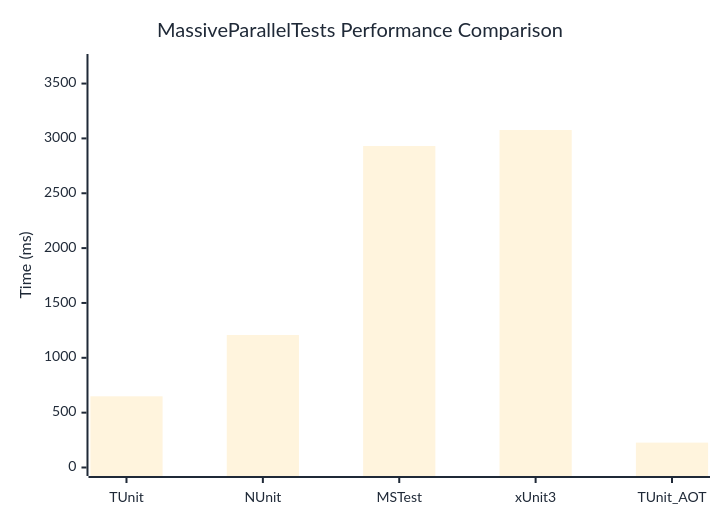
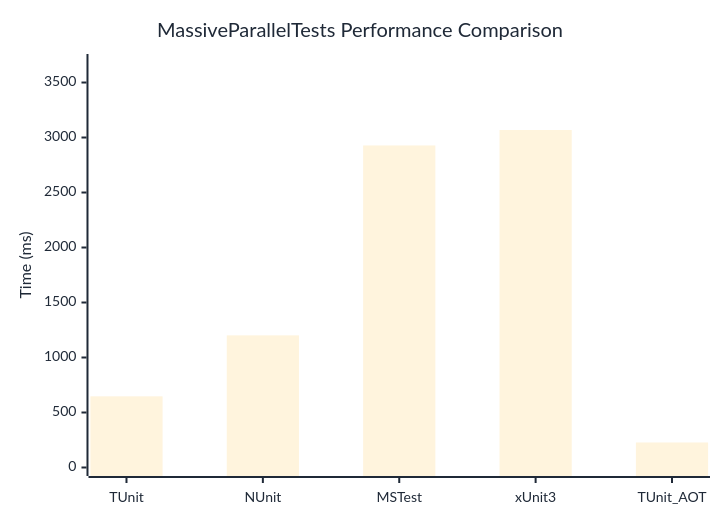
Before and after one commit to thomhurst/TUnit: the diagram in docs/docs/benchmarks/MassiveParallelTests.md, drawn with Mermaid. The commit also changed other lines of this file and 17 other files, not shown here.

````diff
--- a/docs/docs/benchmarks/MassiveParallelTests.md
+++ b/docs/docs/benchmarks/MassiveParallelTests.md
@@ -27,37 +27,37 @@
 ```mermaid
 %%{init: {
   'theme':'base',
   'themeVariables': {
     'primaryColor': '#2563eb',
     'primaryTextColor': '#1f2937',
     'primaryBorderColor': '#1e40af',
     'lineColor': '#6b7280',
     'secondaryColor': '#7c3aed',
     'tertiaryColor': '#dc2626',
     'background': '#ffffff',
     'mainBkg': '#2563eb',
     'secondBkg': '#7c3aed',
     'tertiaryBkg': '#dc2626',
     'clusterBkg': '#f3f4f6',
     'edgeLabelBackground': '#ffffff',
     'tertiaryTextColor': '#1f2937',
     'pie1': '#2563eb',
     'pie2': '#7c3aed',
     'pie3': '#dc2626',
     'pie4': '#f59e0b',
     'pie5': '#10b981',
     'pie6': '#06b6d4',
     'pie7': '#ec4899',
     'pie8': '#6366f1',
     'pie9': '#84cc16',
     'pie10': '#f97316',
     'pie11': '#14b8a6',
     'pie12': '#a855f7'
   }
 }}%%
 xychart-beta
   title "MassiveParallelTests Performance Comparison"
   x-axis ["TUnit", "NUnit", "MSTest", "xUnit3", "TUnit_AOT"]
-  y-axis "Time (ms)" 0 --> 3692
-  bar [649, 1207.6, 2930.7, 3076.4, 226.8]
+  y-axis "Time (ms)" 0 --> 3682
+  bar [647, 1201.3, 2927.9, 3068.2, 227.5]
 ```
````
